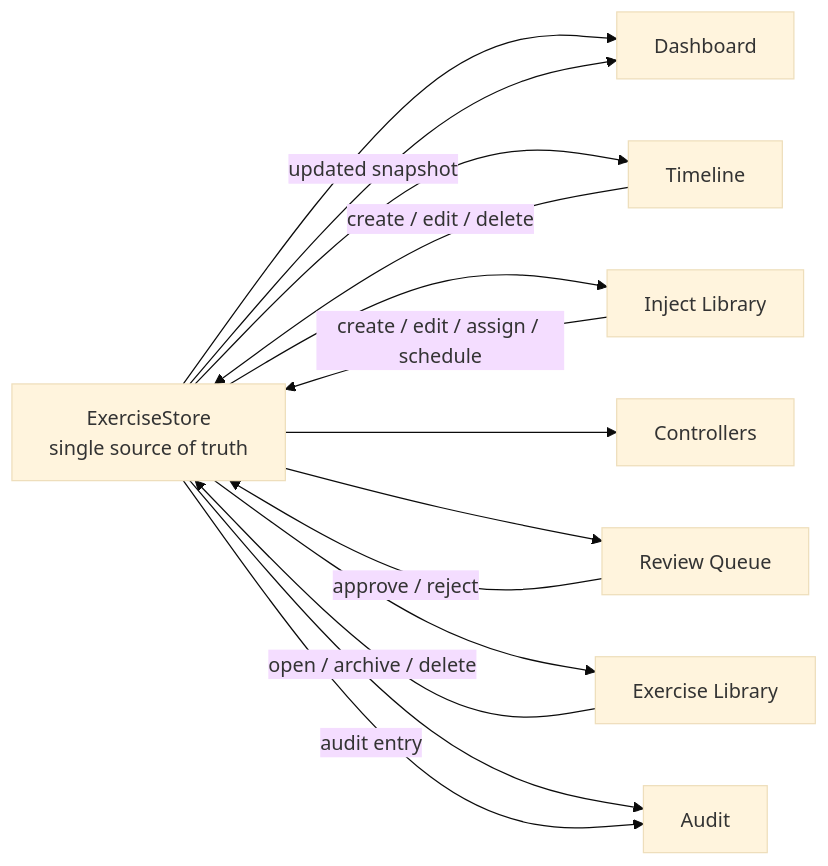
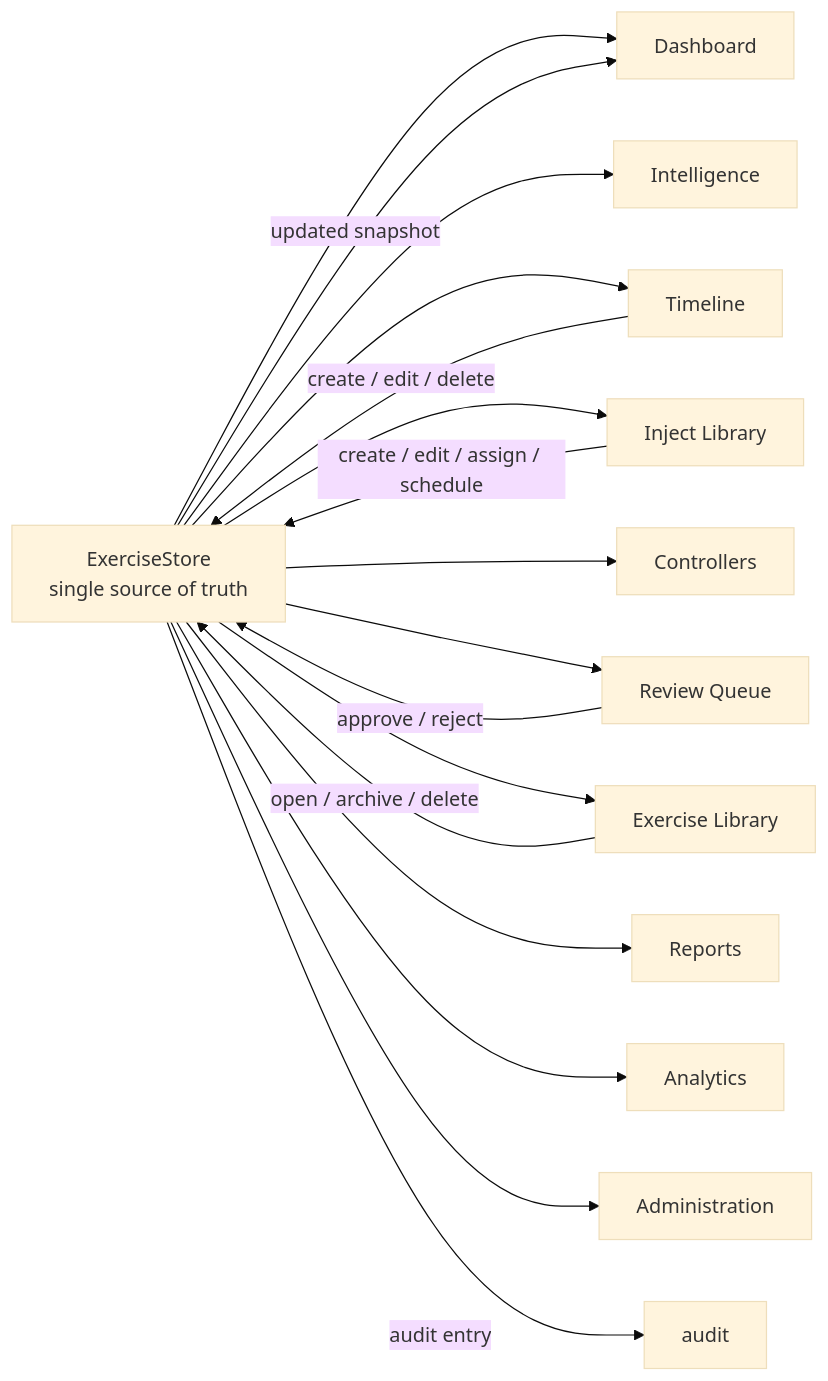
One commit to alexr080413-beep/project-forge changed the diagram in FORGE_STUDIO_WEB.md. Above: the diagram before and after it, drawn with Mermaid (base theme). The commit also changed other lines of this file and 9 other files, not shown here.

````diff
--- a/FORGE_STUDIO_WEB.md
+++ b/FORGE_STUDIO_WEB.md
@@ -93,16 +104,19 @@
 ```mermaid
 flowchart LR
     store["ExerciseStore<br/>single source of truth"] --> dashboard["Dashboard"]
+    store --> intelligence["Intelligence"]
     store --> timeline["Timeline"]
     store --> injects["Inject Library"]
     store --> controllers["Controllers"]
     store --> review["Review Queue"]
     store --> library["Exercise Library"]
-    store --> audit["Audit"]
+    store --> reports["Reports"]
+    store --> analytics["Analytics"]
+    store --> admin["Administration"]
     review -->|"approve / reject"| store
     injects -->|"create / edit / assign / schedule"| store
     timeline -->|"create / edit / delete"| store
     library -->|"open / archive / delete"| store
     store -->|"updated snapshot"| dashboard
     store -->|"audit entry"| audit
 ```
````
